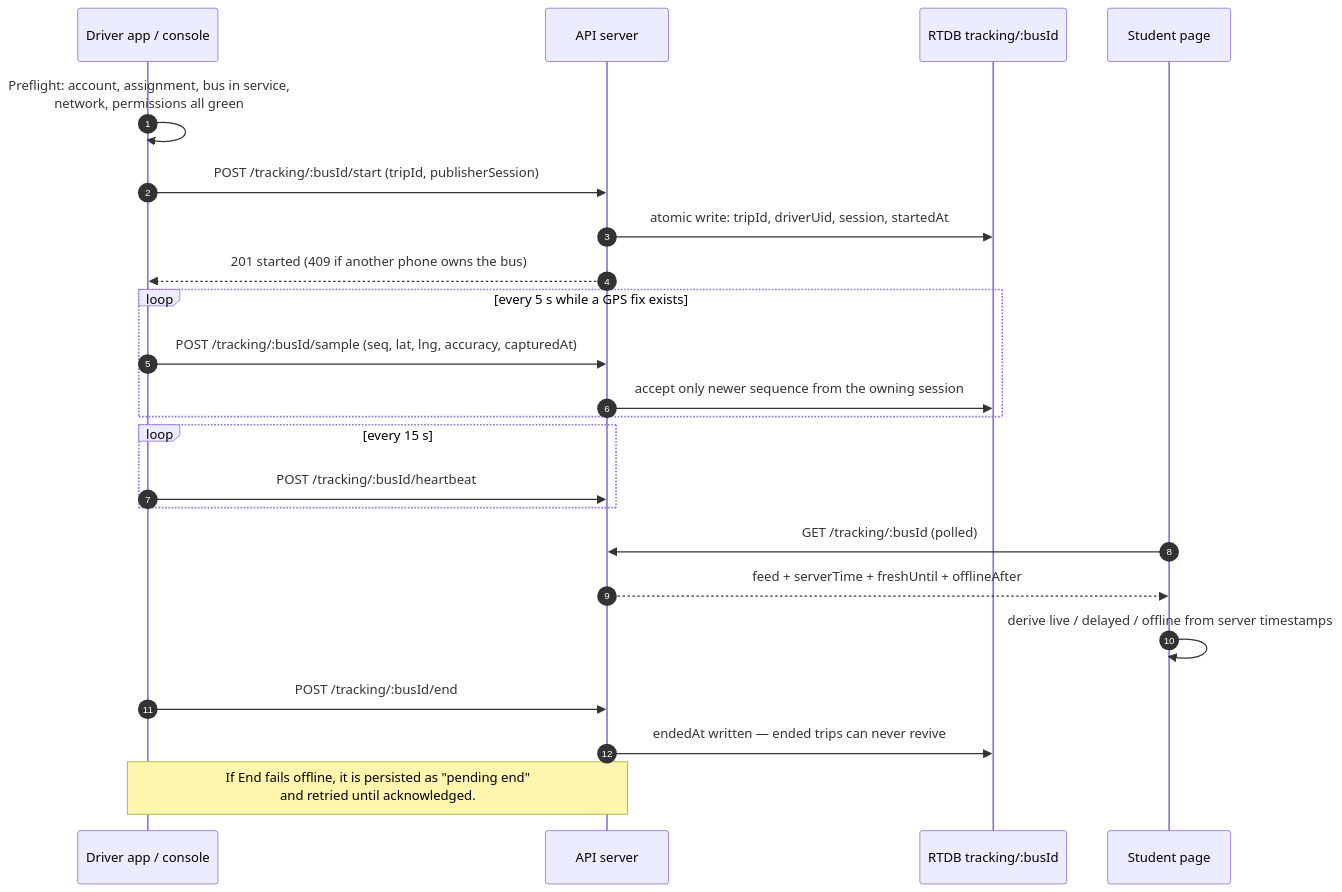
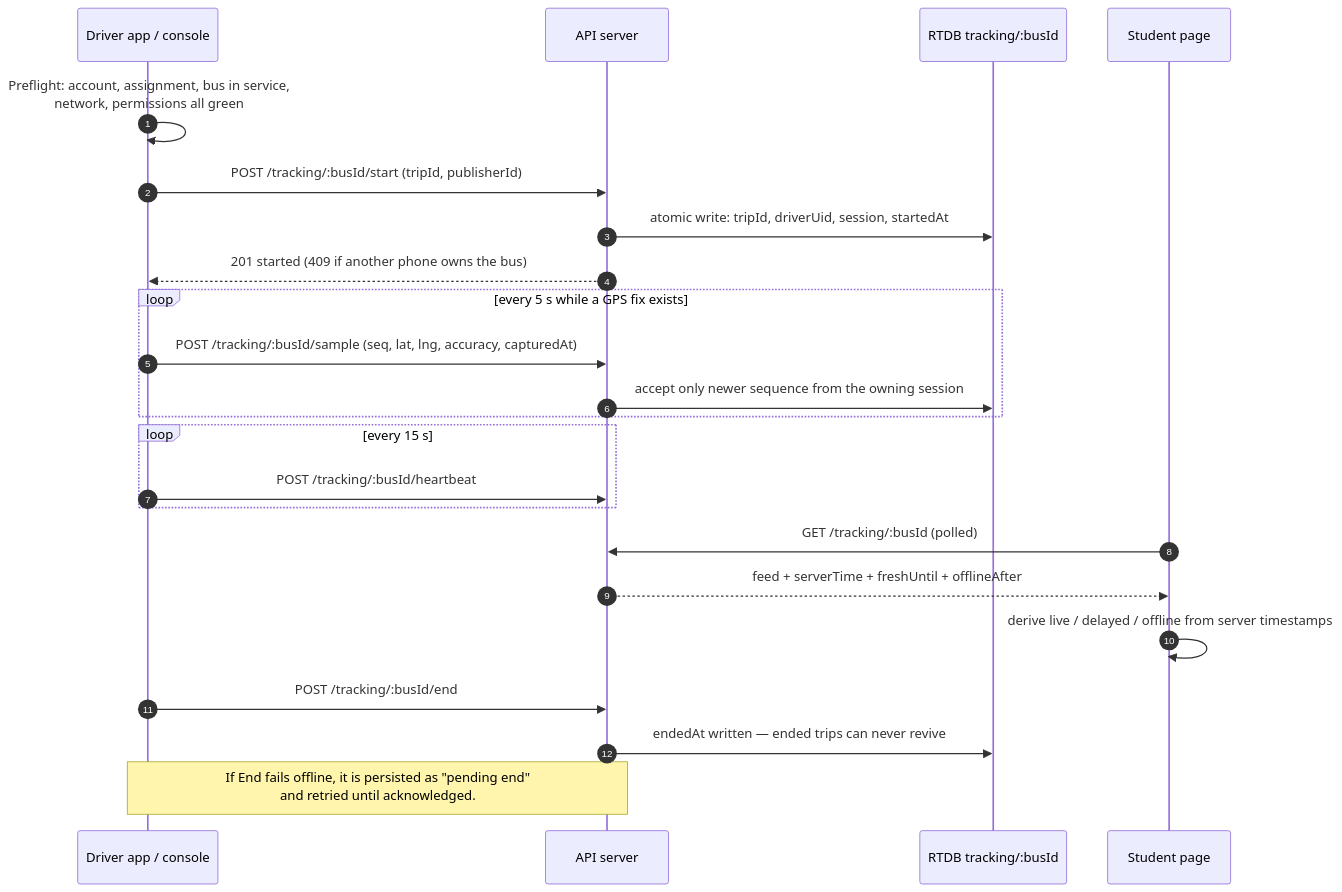
The second of 4 diagrams in README.md (adityarajgupta154/PU-Transit), drawn with Mermaid before and after one commit. The commit also changed other lines of this file, not shown here.

Commit message:
Correct README data model, API and configuration details

````diff
--- a/README.md
+++ b/README.md
@@ -98,26 +98,26 @@
 ```mermaid
 sequenceDiagram
     autonumber
     participant Dr as Driver app / console
     participant API as API server
     participant DB as RTDB tracking/:busId
     participant St as Student page
 
     Dr->>Dr: Preflight: account, assignment, bus in service,<br/>network, permissions all green
-    Dr->>API: POST /tracking/:busId/start (tripId, publisherSession)
+    Dr->>API: POST /tracking/:busId/start (tripId, publisherId)
     API->>DB: atomic write: tripId, driverUid, session, startedAt
     API-->>Dr: 201 started (409 if another phone owns the bus)
     loop every 5 s while a GPS fix exists
         Dr->>API: POST /tracking/:busId/sample (seq, lat, lng, accuracy, capturedAt)
         API->>DB: accept only newer sequence from the owning session
     end
     loop every 15 s
         Dr->>API: POST /tracking/:busId/heartbeat
     end
     St->>API: GET /tracking/:busId (polled)
     API-->>St: feed + serverTime + freshUntil + offlineAfter
     St->>St: derive live / delayed / offline from server timestamps
     Dr->>API: POST /tracking/:busId/end
     API->>DB: endedAt written — ended trips can never revive
     Note over Dr,API: If End fails offline, it is persisted as "pending end"<br/>and retried until acknowledged.
 ```
````
